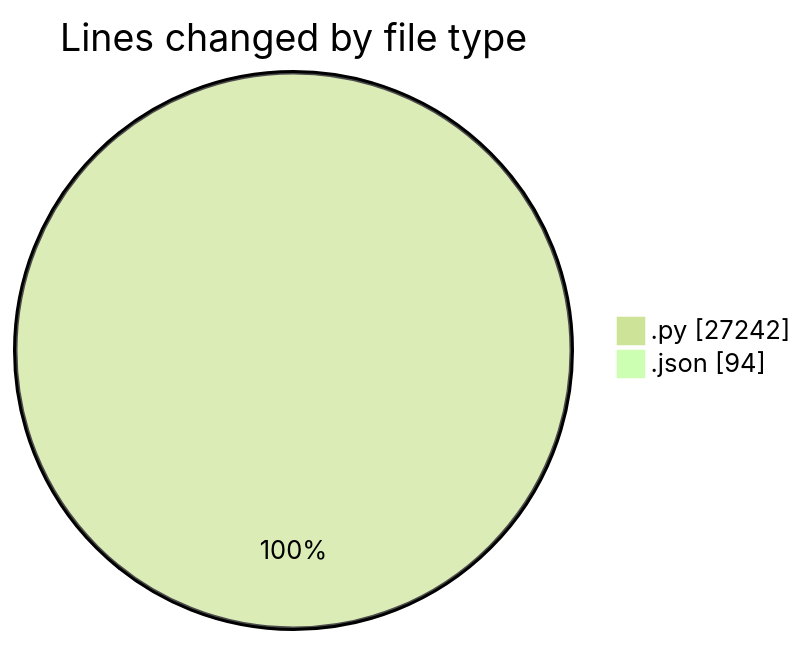
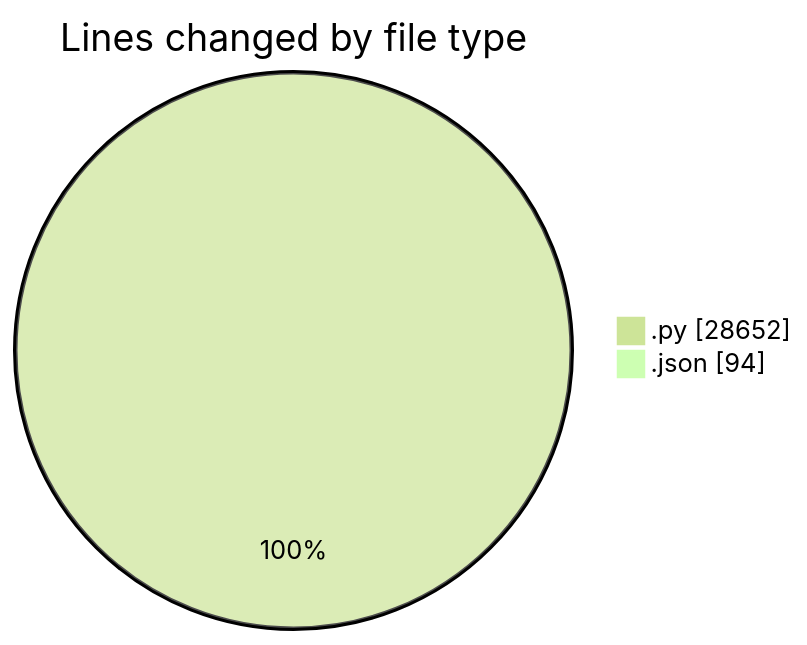
The first of 2 diagrams in 2025-07-14/telebot/README.md (jrari/code-tracking), drawn with Mermaid (forest theme) before and after one commit. The commit also changed other lines of this file and 1 other file, not shown here.

````diff
--- a/2025-07-14/telebot/README.md
+++ b/2025-07-14/telebot/README.md
@@ -52,6 +52,6 @@
 ```mermaid
 pie showData
 title Lines changed by file type
-".py" : 27242
+".py" : 28652
 ".json" : 94
 ```
````
